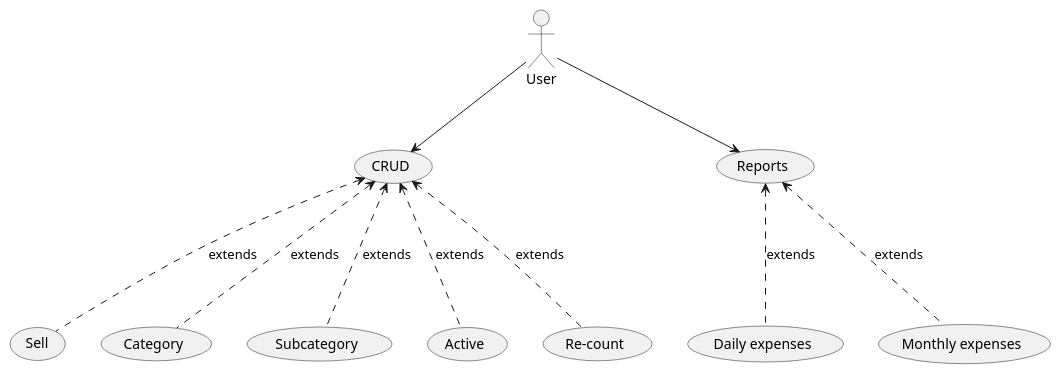
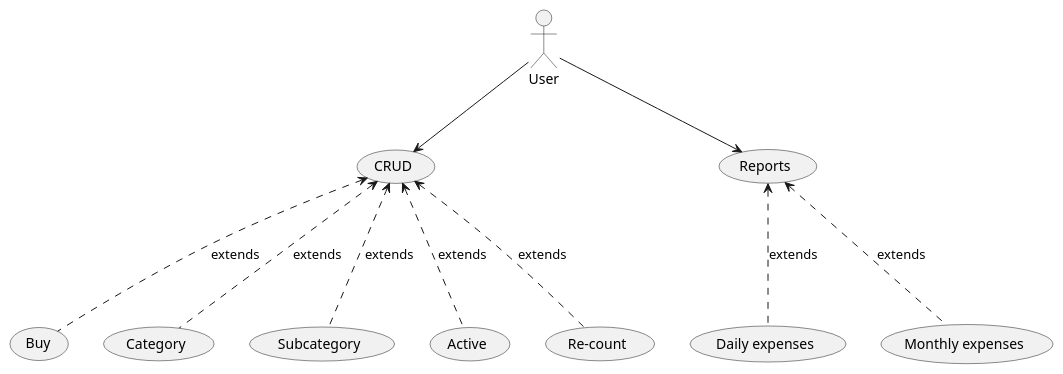
One commit to undiscoveredWorld/finance_plan changed the diagram in docs/aim/usecase.puml. Above: the diagram before and after it, drawn with PlantUML. The commit also changed 14 other files, not shown here.

```diff
--- a/docs/aim/usecase.puml
+++ b/docs/aim/usecase.puml
@@ -1,16 +1,16 @@
 @startuml
 
 actor User
 
 User -down-> (CRUD)
-(CRUD) <.-down- (Sell) : extends
+(CRUD) <.-down- (Buy) : extends
 (CRUD) <.-down- (Category) : extends
 (CRUD) <.-down- (Subcategory) : extends
 (CRUD) <.-down- (Active) : extends
 (CRUD) <.-down- (Re-count) : extends
 
 User -down-> (Reports)
 (Reports) <.-down- (Daily expenses) : extends
 (Reports) <.-down- (Monthly expenses) : extends
 
 @enduml
```
